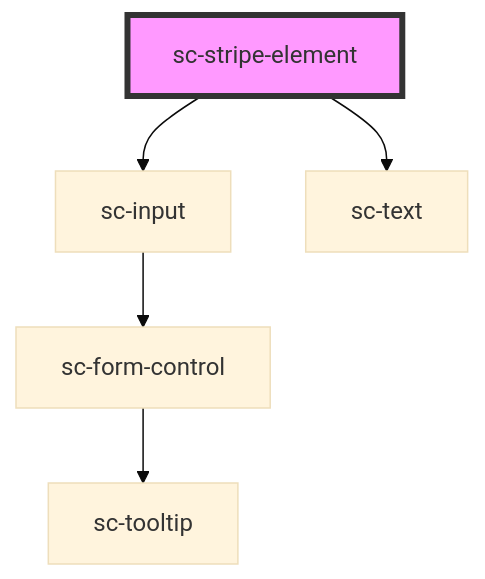
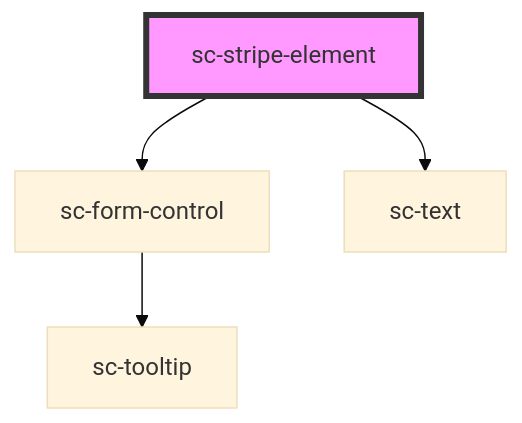
Before and after one commit to surecart/surecart-wp-plugin: the diagram in packages/components/src/components/ui/stripe-element/readme.md, drawn with Mermaid (base theme). The commit also changed other lines of this file and 52 other files, not shown here.

````diff
--- a/packages/components/src/components/ui/stripe-element/readme.md
+++ b/packages/components/src/components/ui/stripe-element/readme.md
@@ -66,8 +66,7 @@
 ```mermaid
 graph TD;
-  sc-stripe-element --> sc-input
+  sc-stripe-element --> sc-form-control
   sc-stripe-element --> sc-text
-  sc-input --> sc-form-control
   sc-form-control --> sc-tooltip
   style sc-stripe-element fill:#f9f,stroke:#333,stroke-width:4px
 ```
````
